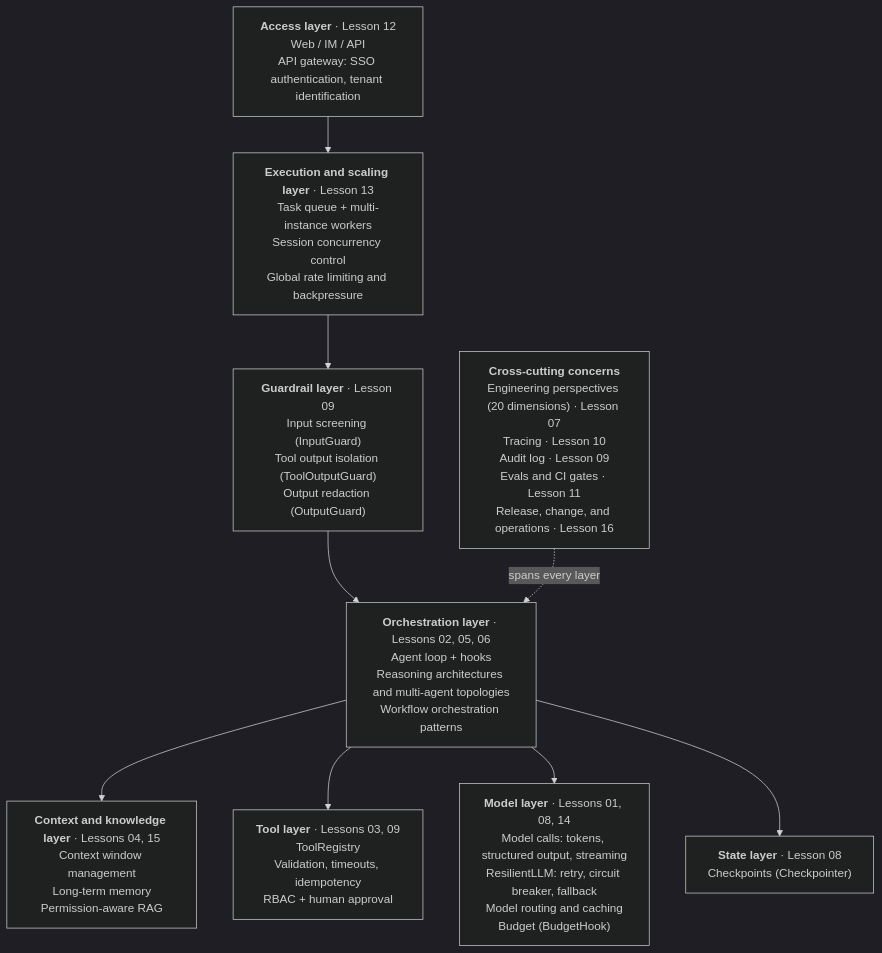
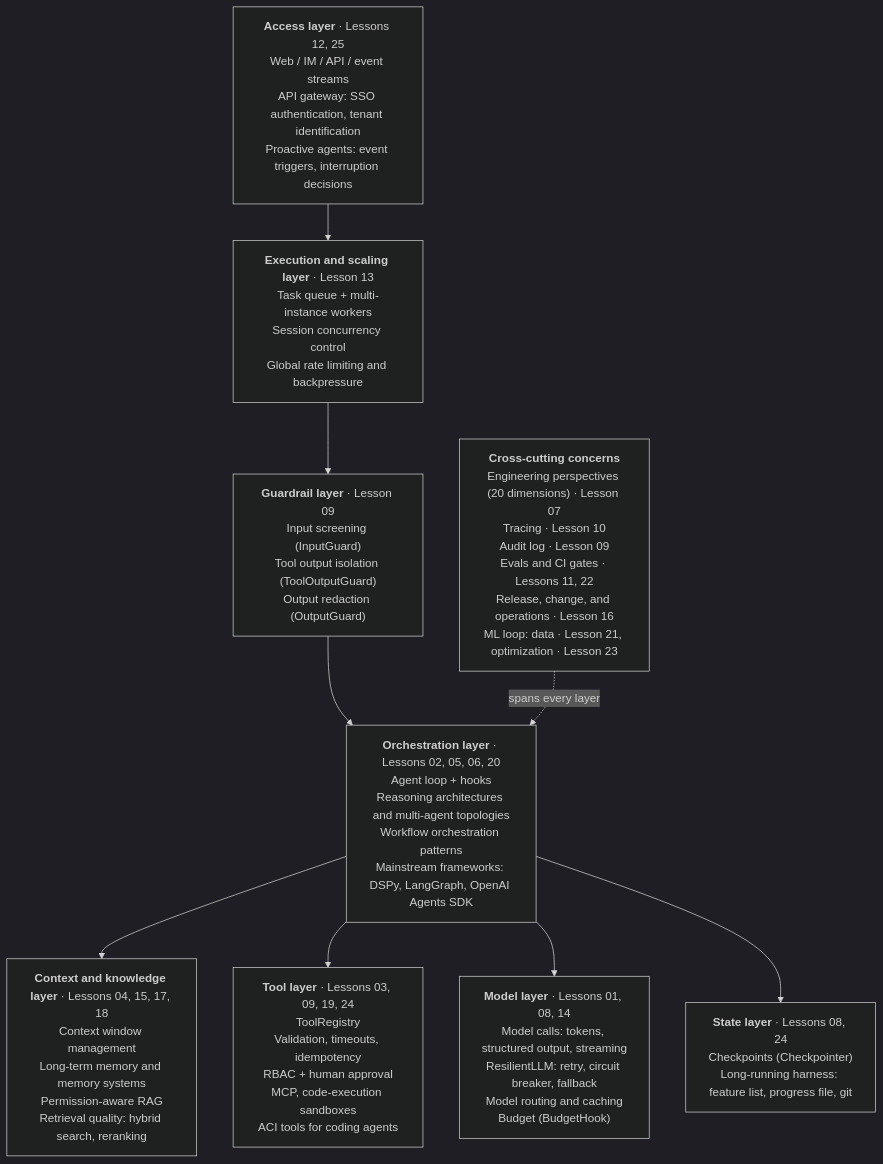
Before and after one commit to heaven999b/hello-agent-system: the fourth of 5 diagrams in lessons/00_overview/README.en.md, drawn with Mermaid (dark theme). The commit also changed other lines of this file and 156 other files, not shown here.

````diff
--- a/lessons/00_overview/README.en.md
+++ b/lessons/00_overview/README.en.md
@@ -115,18 +117,18 @@
 ```mermaid
 flowchart TB
-    ENTRY["<b>Access layer</b> · Lesson 12<br/>Web / IM / API<br/>API gateway: SSO authentication, tenant identification"]
+    ENTRY["<b>Access layer</b> · Lessons 12, 25<br/>Web / IM / API / event streams<br/>API gateway: SSO authentication, tenant identification<br/>Proactive agents: event triggers, interruption decisions"]
     EXEC["<b>Execution and scaling layer</b> · Lesson 13<br/>Task queue + multi-instance workers<br/>Session concurrency control<br/>Global rate limiting and backpressure"]
     GUARD["<b>Guardrail layer</b> · Lesson 09<br/>Input screening (InputGuard)<br/>Tool output isolation (ToolOutputGuard)<br/>Output redaction (OutputGuard)"]
-    ORCH["<b>Orchestration layer</b> · Lessons 02, 05, 06<br/>Agent loop + hooks<br/>Reasoning architectures and multi-agent topologies<br/>Workflow orchestration patterns"]
-    CTX["<b>Context and knowledge layer</b> · Lessons 04, 15<br/>Context window management<br/>Long-term memory<br/>Permission-aware RAG"]
-    TOOLS["<b>Tool layer</b> · Lessons 03, 09<br/>ToolRegistry<br/>Validation, timeouts, idempotency<br/>RBAC + human approval"]
+    ORCH["<b>Orchestration layer</b> · Lessons 02, 05, 06, 20<br/>Agent loop + hooks<br/>Reasoning architectures and multi-agent topologies<br/>Workflow orchestration patterns<br/>Mainstream frameworks: DSPy, LangGraph, OpenAI Agents SDK"]
+    CTX["<b>Context and knowledge layer</b> · Lessons 04, 15, 17, 18<br/>Context window management<br/>Long-term memory and memory systems<br/>Permission-aware RAG<br/>Retrieval quality: hybrid search, reranking"]
+    TOOLS["<b>Tool layer</b> · Lessons 03, 09, 19, 24<br/>ToolRegistry<br/>Validation, timeouts, idempotency<br/>RBAC + human approval<br/>MCP, code-execution sandboxes<br/>ACI tools for coding agents"]
     MODEL["<b>Model layer</b> · Lessons 01, 08, 14<br/>Model calls: tokens, structured output, streaming<br/>ResilientLLM: retry, circuit breaker, fallback<br/>Model routing and caching<br/>Budget (BudgetHook)"]
-    STATE["<b>State layer</b> · Lesson 08<br/>Checkpoints (Checkpointer)"]
-    XCUT["<b>Cross-cutting concerns</b><br/>Engineering perspectives (20 dimensions) · Lesson 07<br/>Tracing · Lesson 10<br/>Audit log · Lesson 09<br/>Evals and CI gates · Lesson 11<br/>Release, change, and operations · Lesson 16"]
+    STATE["<b>State layer</b> · Lessons 08, 24<br/>Checkpoints (Checkpointer)<br/>Long-running harness: feature list, progress file, git"]
+    XCUT["<b>Cross-cutting concerns</b><br/>Engineering perspectives (20 dimensions) · Lesson 07<br/>Tracing · Lesson 10<br/>Audit log · Lesson 09<br/>Evals and CI gates · Lessons 11, 22<br/>Release, change, and operations · Lesson 16<br/>ML loop: data · Lesson 21, optimization · Lesson 23"]
     ENTRY --> EXEC --> GUARD --> ORCH
     ORCH --> CTX
     ORCH --> TOOLS
     ORCH --> MODEL
     ORCH --> STATE
     XCUT -.->|"spans every layer"| ORCH
 ```
````
